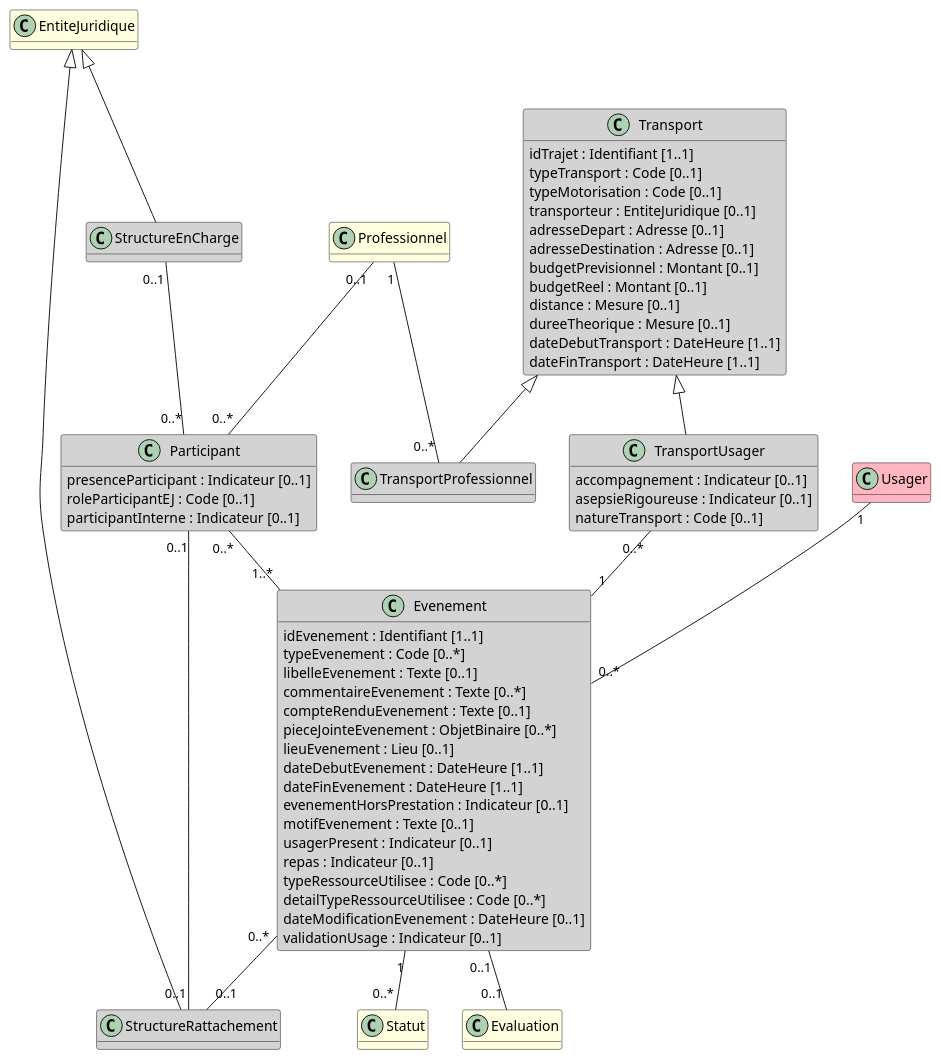
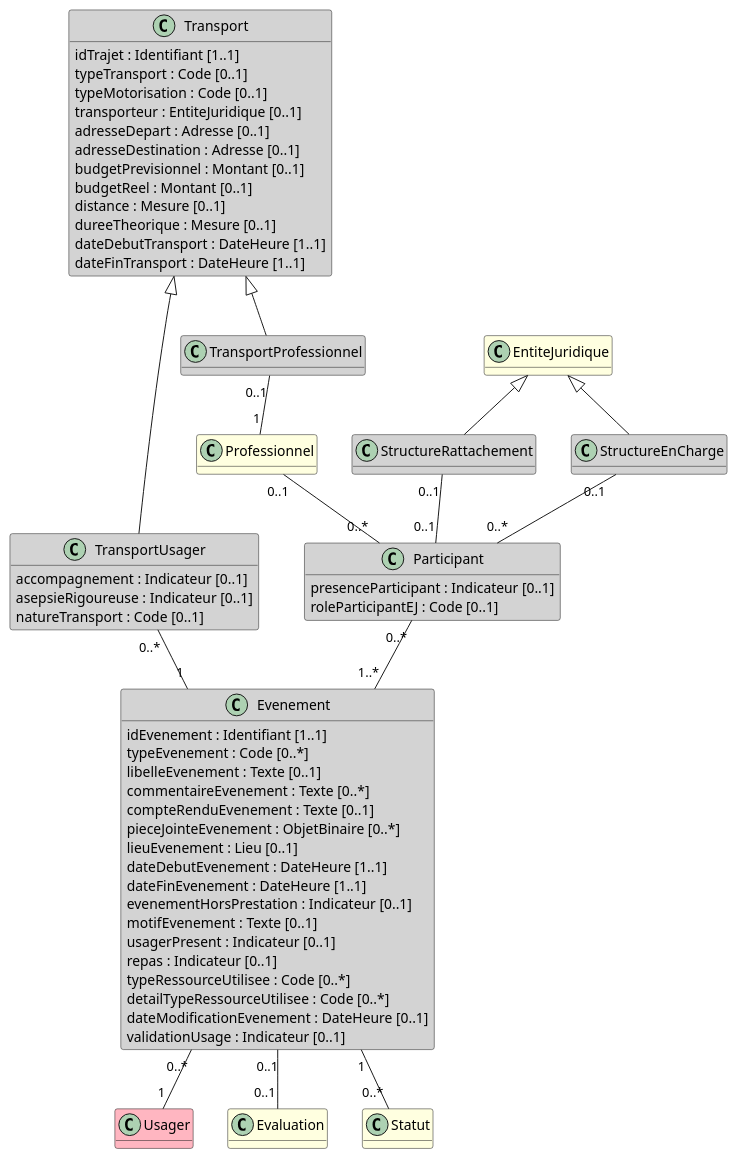
The diagram in input/images-source/bloc_evenement.plantuml (ansforge/IG-fhir-medicosocial-transfert-donnees-dui), drawn with PlantUML before and after one commit. The commit also changed 1 other file, not shown here.

```diff
--- a/input/images-source/bloc_evenement.plantuml
+++ b/input/images-source/bloc_evenement.plantuml
@@ -1,88 +1,88 @@
 @startuml
 
 hide empty methods
 
 class Usager #LightPink
 
 class TransportProfessionnel #LightGray
 
 class Evaluation #LightYellow
 
 class Professionnel #LightYellow
 
 class EntiteJuridique #LightYellow
 
 class StructureEnCharge #LightGray
 
 class StructureRattachement #LightGray
 
 class Statut #LightYellow 
 
 class Transport #LightGray {
     idTrajet : Identifiant [1..1]
     typeTransport : Code [0..1]
     typeMotorisation : Code [0..1]
     transporteur : EntiteJuridique [0..1]
     adresseDepart : Adresse [0..1]
     adresseDestination : Adresse [0..1]
     budgetPrevisionnel : Montant [0..1]
     budgetReel : Montant [0..1]
     distance : Mesure [0..1]
     dureeTheorique : Mesure [0..1]
     dateDebutTransport : DateHeure [1..1]
     dateFinTransport : DateHeure [1..1]
 }
 
 class TransportUsager #LightGray {
     accompagnement : Indicateur [0..1]
     asepsieRigoureuse : Indicateur [0..1]
     natureTransport : Code [0..1]
 }
 
 class Evenement #LightGray {
     idEvenement : Identifiant [1..1]
     typeEvenement : Code [0..*]
     libelleEvenement : Texte [0..1]
     commentaireEvenement : Texte [0..*]
     compteRenduEvenement : Texte [0..1]
     pieceJointeEvenement : ObjetBinaire [0..*]
     lieuEvenement : Lieu [0..1]
     dateDebutEvenement : DateHeure [1..1]
     dateFinEvenement : DateHeure [1..1]
     evenementHorsPrestation : Indicateur [0..1]
     motifEvenement : Texte [0..1]
     usagerPresent : Indicateur [0..1]
     repas : Indicateur [0..1]
     typeRessourceUtilisee : Code [0..*]
     detailTypeRessourceUtilisee : Code [0..*]
     dateModificationEvenement : DateHeure [0..1]
     validationUsage : Indicateur [0..1]
 }
 
 class Participant #LightGray {
     presenceParticipant : Indicateur [0..1]
     roleParticipantEJ : Code [0..1]
-    participantInterne : Indicateur [0..1]
 }
 
-Usager "1" -- "0..*" Evenement
+Transport <|- TransportUsager
+Transport <|-- TransportProfessionnel
+
+EntiteJuridique <|-- StructureEnCharge
+EntiteJuridique <|- StructureRattachement
+
+Evenement "0..*" -- "1" Usager
 Participant "0..*" -- "1..*" Evenement
-Professionnel "0..1" - "0..*" Participant
+Professionnel "0..1" -- "0..*" Participant
 
-Transport <|-- TransportProfessionnel
-Transport <|-- TransportUsager
 
 TransportUsager "0..*" -- "1" Evenement
-Professionnel "1" -- "0..*" TransportProfessionnel
+
+TransportProfessionnel "0..1" -- "1" Professionnel
 
 Evenement "0..1" -- "0..1" Evaluation
 Evenement "1" -- "0..*" Statut
 
-EntiteJuridique <|-- StructureEnCharge
-EntiteJuridique <|- StructureRattachement
-
 StructureEnCharge "0..1" -- "0..*" Participant
-StructureRattachement "0..1" - "0..1" Participant
-Evenement "0..*" -- "0..1" StructureRattachement
+StructureRattachement "0..1" -- "0..1" Participant
 
 @enduml
```
